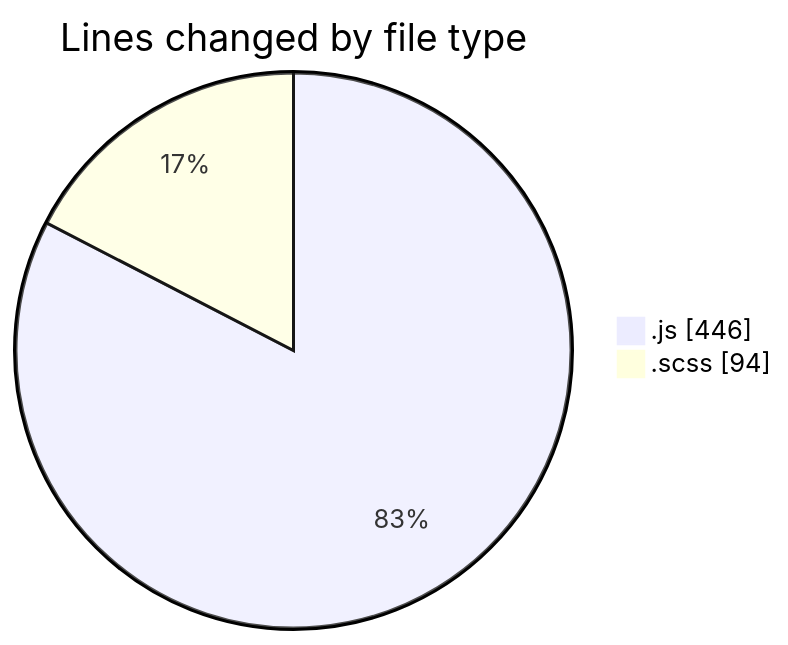
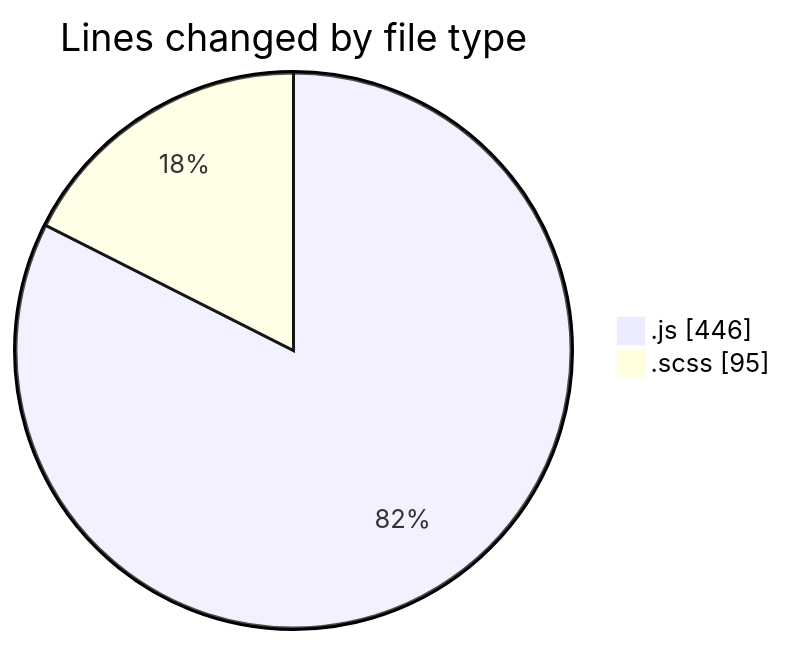
One commit to momahboobian/code-tracking changed the first of 2 diagrams in 2026-01-05/cda/README.md. Above: the diagram before and after it, drawn with Mermaid. The commit also changed other lines of this file and 1 other file, not shown here.

````diff
--- a/2026-01-05/cda/README.md
+++ b/2026-01-05/cda/README.md
@@ -25,6 +25,6 @@
 ```mermaid
 pie showData
 title Lines changed by file type
 ".js" : 446
-".scss" : 94
+".scss" : 95
 ```
````
